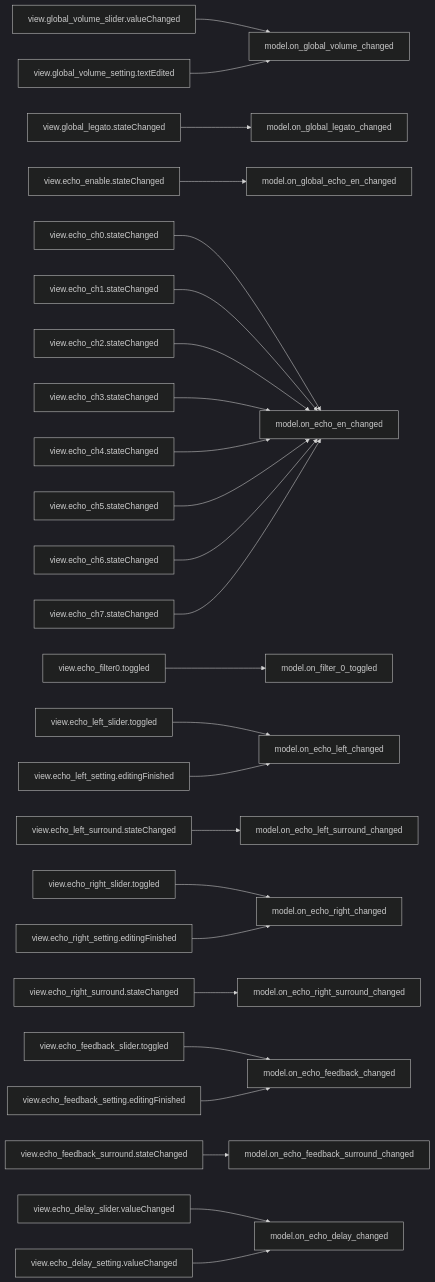
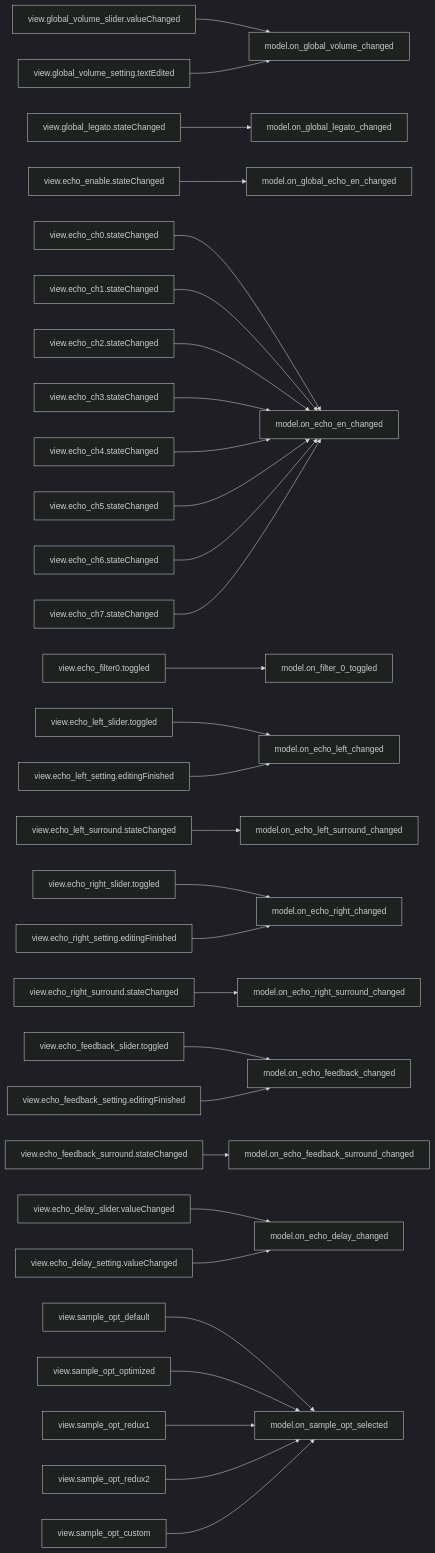
Before and after one commit to com-posers-pit/smw_music: the ninth of 10 diagrams in doc/source/dashboard_signal_slot_map.rst, drawn with Mermaid (dark theme). The commit also changed 6 other files, not shown here.

```diff
--- a/doc/source/dashboard_signal_slot_map.rst
+++ b/doc/source/dashboard_signal_slot_map.rst
@@ -209,27 +209,32 @@
 .. mermaid::
 
    flowchart LR
      view.global_volume_slider.valueChanged --> model.on_global_volume_changed
      view.global_volume_setting.textEdited --> model.on_global_volume_changed
      view.global_legato.stateChanged --> model.on_global_legato_changed
      view.echo_enable.stateChanged --> model.on_global_echo_en_changed
      view.echo_ch0.stateChanged --> model.on_echo_en_changed
      view.echo_ch1.stateChanged --> model.on_echo_en_changed
      view.echo_ch2.stateChanged --> model.on_echo_en_changed
      view.echo_ch3.stateChanged --> model.on_echo_en_changed
      view.echo_ch4.stateChanged --> model.on_echo_en_changed
      view.echo_ch5.stateChanged --> model.on_echo_en_changed
      view.echo_ch6.stateChanged --> model.on_echo_en_changed
      view.echo_ch7.stateChanged --> model.on_echo_en_changed
      view.echo_filter0.toggled --> model.on_filter_0_toggled
      view.echo_left_slider.toggled --> model.on_echo_left_changed
      view.echo_left_setting.editingFinished --> model.on_echo_left_changed
      view.echo_left_surround.stateChanged --> model.on_echo_left_surround_changed
      view.echo_right_slider.toggled --> model.on_echo_right_changed
      view.echo_right_setting.editingFinished --> model.on_echo_right_changed
      view.echo_right_surround.stateChanged --> model.on_echo_right_surround_changed
      view.echo_feedback_slider.toggled --> model.on_echo_feedback_changed
      view.echo_feedback_setting.editingFinished --> model.on_echo_feedback_changed
      view.echo_feedback_surround.stateChanged --> model.on_echo_feedback_surround_changed
      view.echo_delay_slider.valueChanged --> model.on_echo_delay_changed
      view.echo_delay_setting.valueChanged --> model.on_echo_delay_changed
+     view.sample_opt_default --> model.on_sample_opt_selected
+     view.sample_opt_optimized --> model.on_sample_opt_selected
+     view.sample_opt_redux1 --> model.on_sample_opt_selected
+     view.sample_opt_redux2 --> model.on_sample_opt_selected
+     view.sample_opt_custom --> model.on_sample_opt_selected
```
